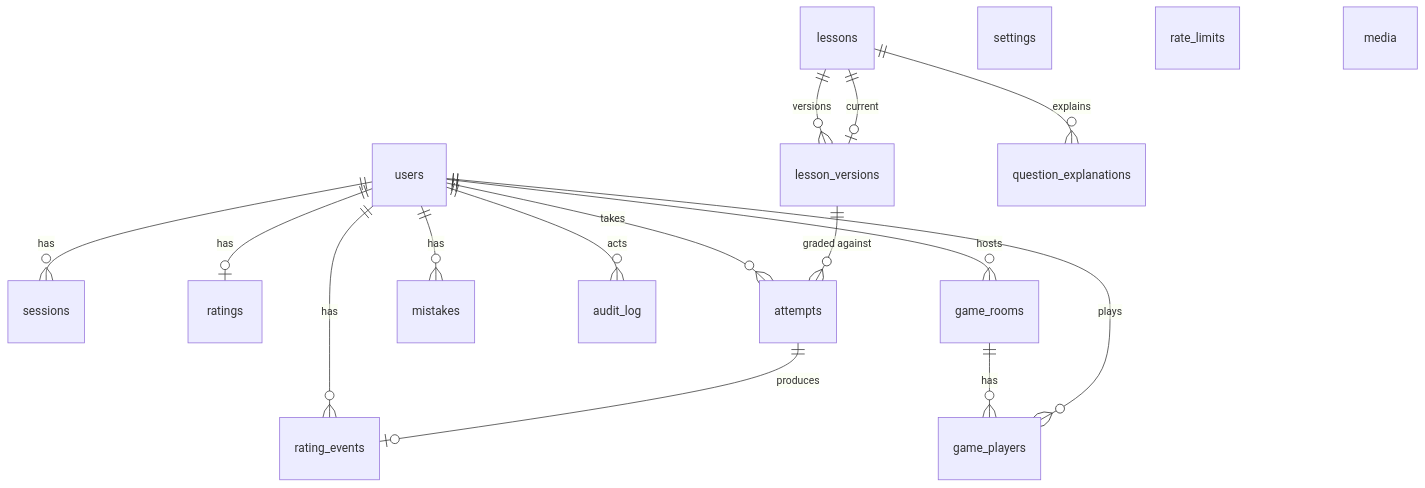
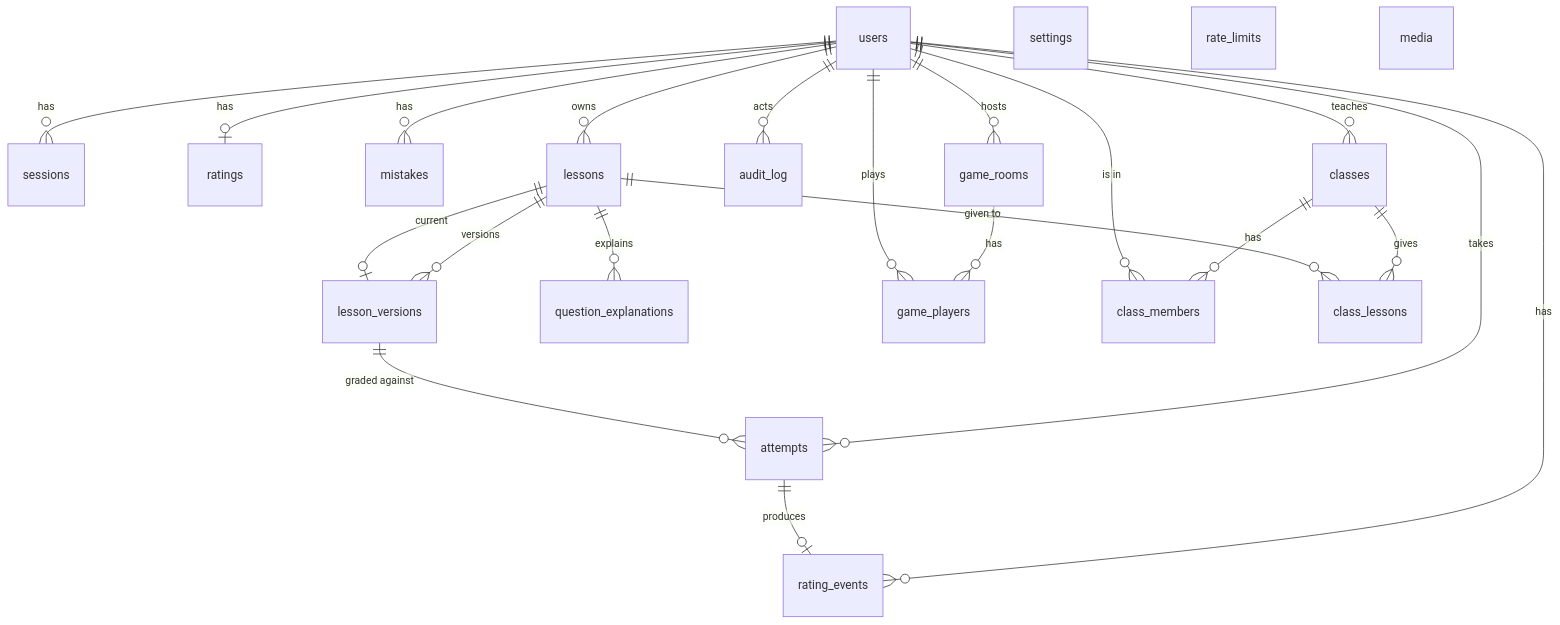
The diagram in docs/04-data-model.md (Neifuisann/onluyenvatly-v2), drawn with Mermaid before and after one commit. The commit also changed other lines of this file and 6 other files, not shown here.

````diff
--- a/docs/04-data-model.md
+++ b/docs/04-data-model.md
@@ -7,20 +7,26 @@
 ```mermaid
 erDiagram
   users ||--o{ sessions : has
   users ||--o| ratings : has
   users ||--o{ attempts : takes
   users ||--o{ rating_events : has
   users ||--o{ mistakes : has
   lessons ||--o{ lesson_versions : versions
   lessons ||--o| lesson_versions : current
   lesson_versions ||--o{ attempts : "graded against"
   attempts ||--o| rating_events : produces
   lessons ||--o{ question_explanations : explains
   users ||--o{ audit_log : acts
   users ||--o{ game_rooms : hosts
   game_rooms ||--o{ game_players : has
   users ||--o{ game_players : plays
+  users ||--o{ classes : teaches
+  users ||--o{ lessons : owns
+  classes ||--o{ class_members : has
+  users ||--o{ class_members : "is in"
+  classes ||--o{ class_lessons : gives
+  lessons ||--o{ class_lessons : "given to"
   settings
   rate_limits
   media
 ```
````
